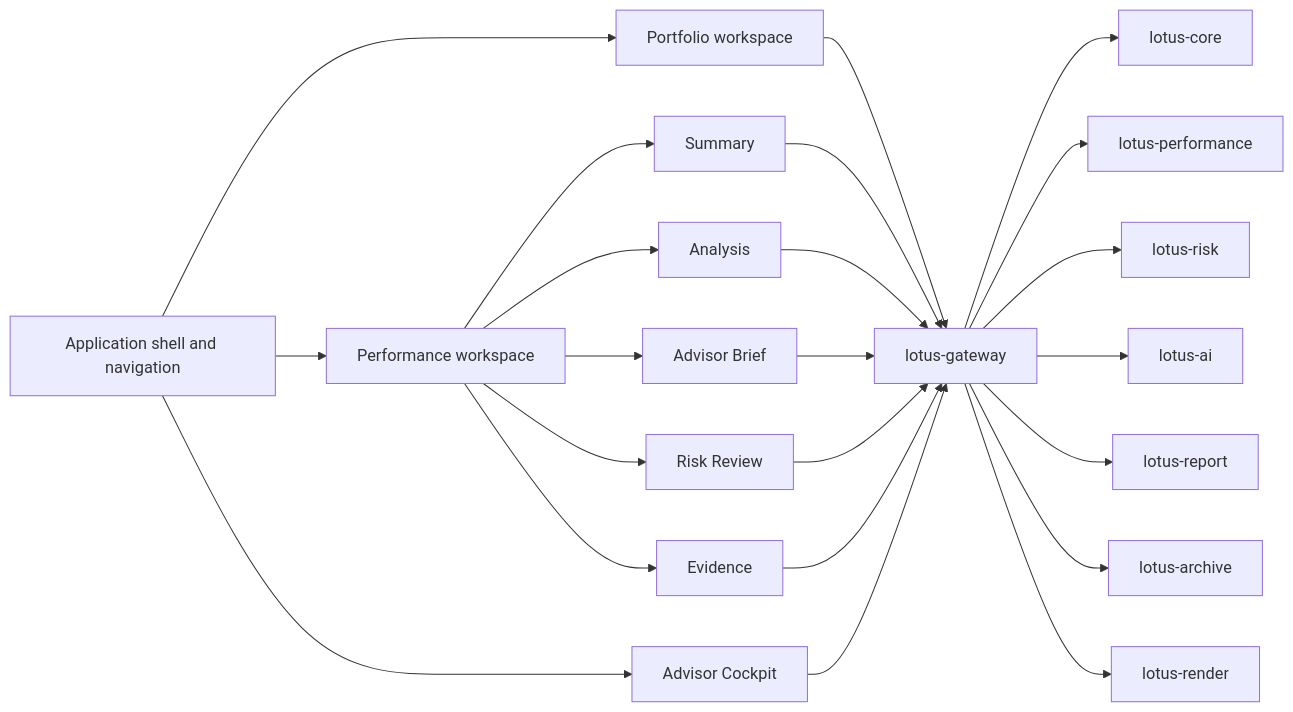
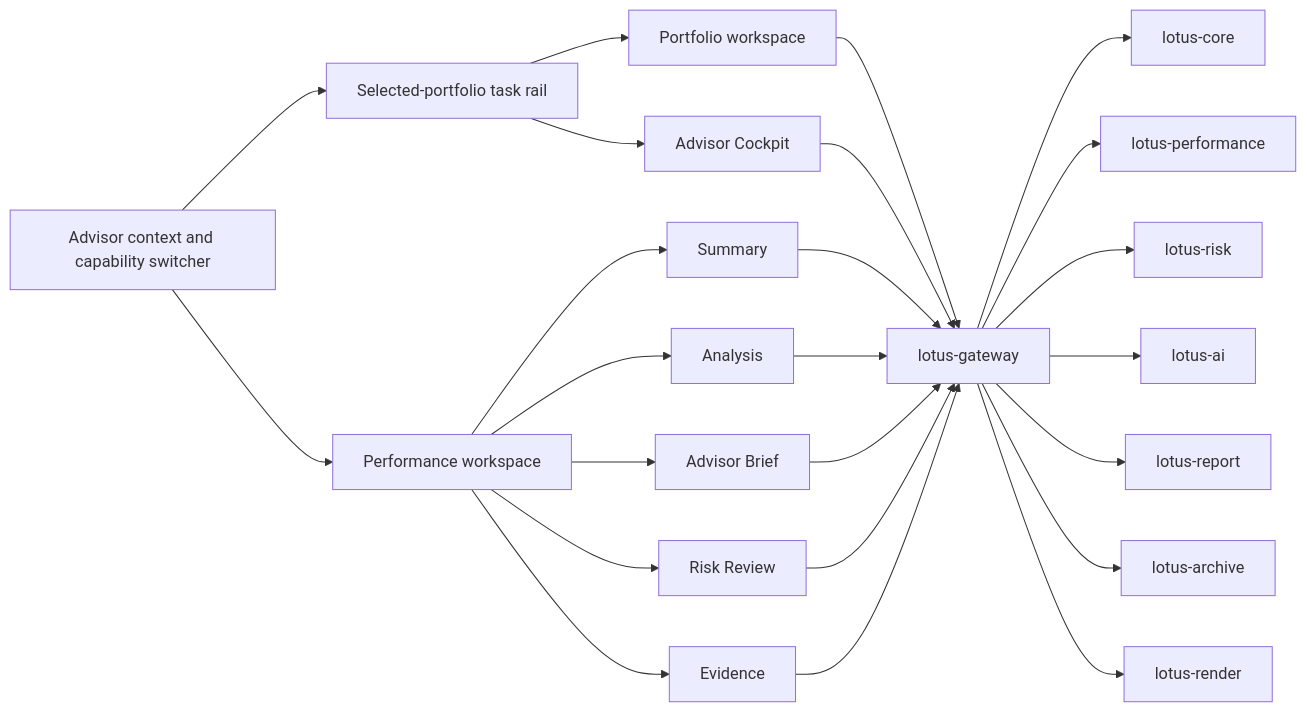
The first of 2 diagrams in wiki/Architecture.md (sgajbi/advisor-workbench), drawn with Mermaid before and after one commit. The commit also changed other lines of this file and 7 other files, not shown here.

Commit message:
docs(navigation): govern the task-aware workstation model

````diff
--- a/wiki/Architecture.md
+++ b/wiki/Architecture.md
@@ -64,27 +81,28 @@
 ```mermaid
 flowchart LR
-  Shell[Application shell and navigation] --> Portfolio[Portfolio workspace]
+  Shell[Advisor context and capability switcher] --> Rail[Selected-portfolio task rail]
+  Rail --> Portfolio[Portfolio workspace]
   Shell --> Performance[Performance workspace]
   Performance --> Summary[Summary]
   Performance --> Analysis[Analysis]
   Performance --> AdvisorBrief[Advisor Brief]
   Performance --> Risk[Risk Review]
   Performance --> Evidence[Evidence]
-  Shell --> Cockpit[Advisor Cockpit]
+  Rail --> Cockpit[Advisor Cockpit]
 
   Portfolio --> Gateway[lotus-gateway]
   Summary --> Gateway
   Analysis --> Gateway
   AdvisorBrief --> Gateway
   Risk --> Gateway
   Evidence --> Gateway
   Cockpit --> Gateway
 
   Gateway --> Core[lotus-core]
   Gateway --> PerfSvc[lotus-performance]
   Gateway --> RiskSvc[lotus-risk]
   Gateway --> AISvc[lotus-ai]
   Gateway --> ReportSvc[lotus-report]
   Gateway --> ArchiveSvc[lotus-archive]
   Gateway --> RenderSvc[lotus-render]
 ```
````
